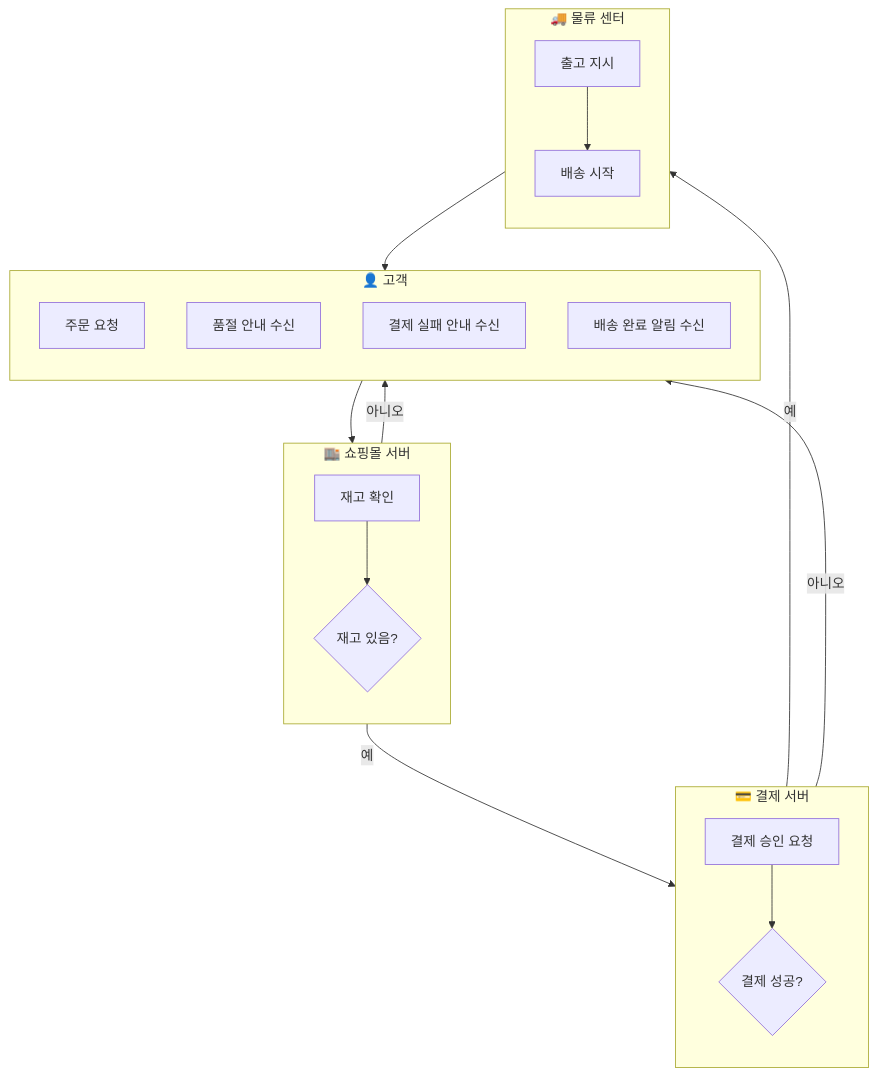
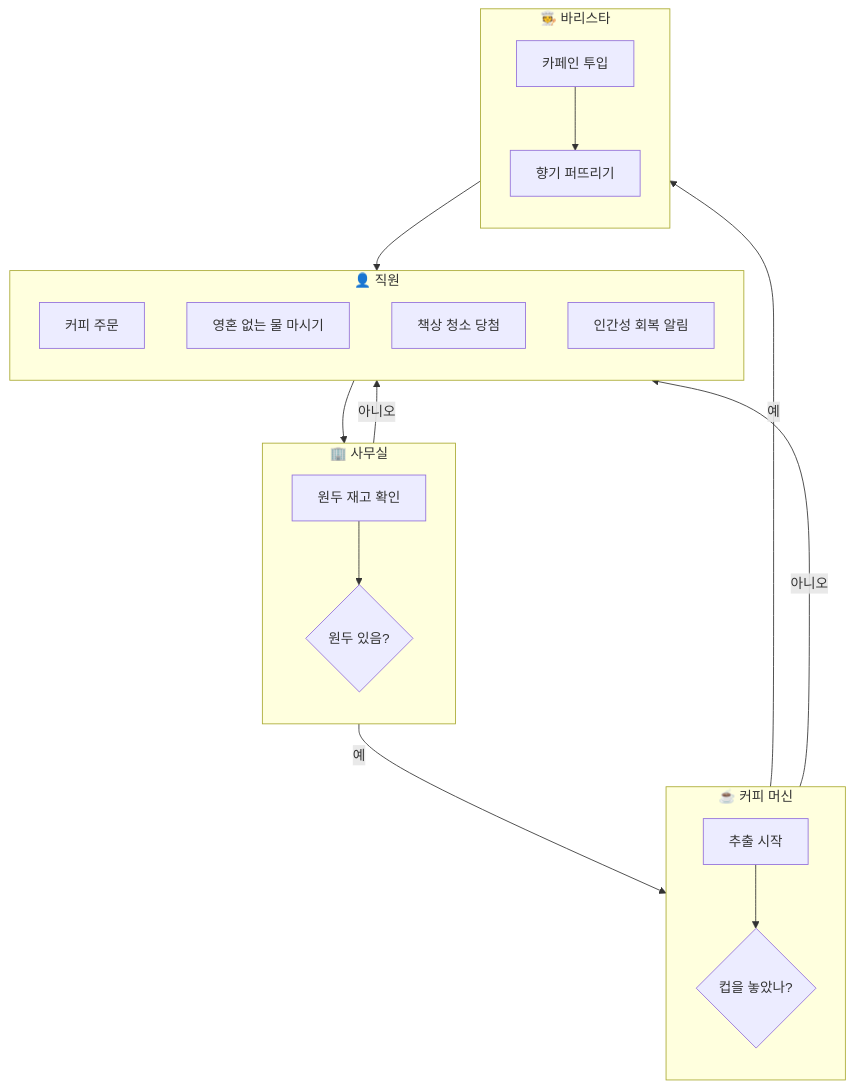
Before and after one commit to kimpro82/MyWebPractice: the sixth of 6 diagrams in Mermaid/README.md, drawn with Mermaid. The commit also changed other lines of this file and 6 other files, not shown here.

Commit message:
Mermaid: Update flowcharts with new scenarios and improve node descriptions

````diff
--- a/Mermaid/README.md
+++ b/Mermaid/README.md
@@ -181,34 +181,34 @@
 ```mermaid
 flowchart TD
-    subgraph CUST["👤 고객"]
+    subgraph CUST["👤 직원"]
         direction TB
-        A[주문 요청]
-        D[품절 안내 수신]
-        G[결제 실패 안내 수신]
-        J[배송 완료 알림 수신]
+        A[커피 주문]
+        D[영혼 없는 물 마시기]
+        G[책상 청소 당첨]
+        J[인간성 회복 알림]
     end
 
-    subgraph MALL["🏬 쇼핑몰 서버"]
+    subgraph MALL["🏢 사무실"]
         direction TB
-        B[재고 확인]
-        C{재고 있음?}
+        B[원두 재고 확인]
+        C{원두 있음?}
     end
 
-    subgraph PAY["💳 결제 서버"]
+    subgraph PAY["☕ 커피 머신"]
         direction TB
-        E[결제 승인 요청]
-        F{결제 성공?}
+        E[추출 시작]
+        F{컵을 놓았나?}
     end
 
-    subgraph LOGI["🚚 물류 센터"]
+    subgraph LOGI["🧑‍🍳 바리스타"]
         direction TB
-        H[출고 지시]
-        I[배송 시작]
+        H[카페인 투입]
+        I[향기 퍼뜨리기]
     end
 
     A --> B --> C
     C -->|아니오| D
     C -->|예| E --> F
     F -->|아니오| G
     F -->|예| H --> I --> J
 ```
````
